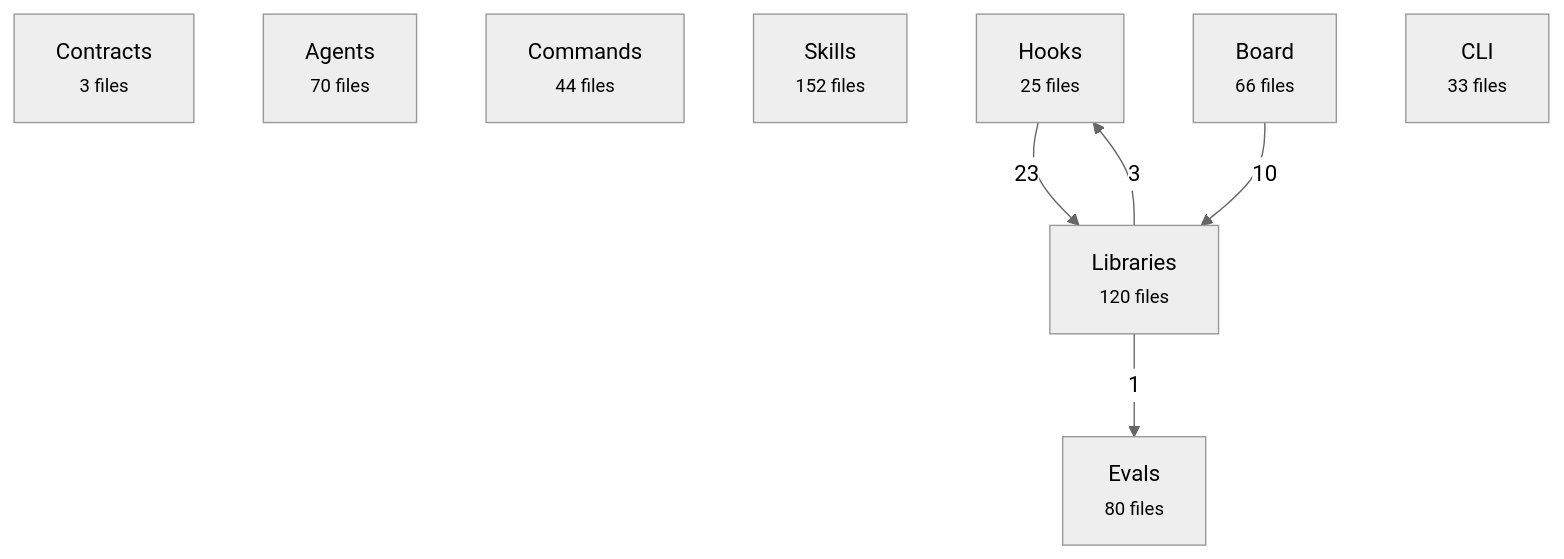
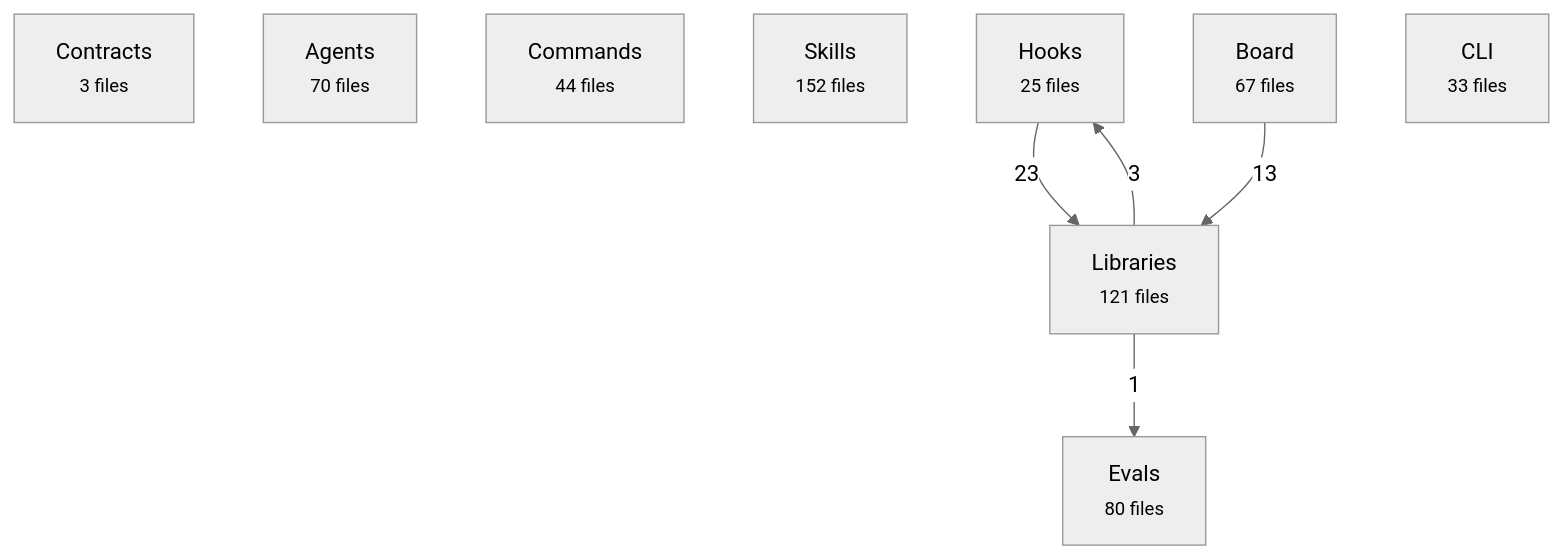
One commit to avelikiy/great_cto changed the first of 2 diagrams in docs/reference/architecture-map.md. Above: the diagram before and after it, drawn with Mermaid (neutral theme). The commit also changed other lines of this file and 15 other files, not shown here.

````diff
--- a/docs/reference/architecture-map.md
+++ b/docs/reference/architecture-map.md
@@ -20,16 +20,16 @@
 ```mermaid
 flowchart TD
   contracts["Contracts<br/><small>3 files</small>"]
   agents["Agents<br/><small>70 files</small>"]
   commands["Commands<br/><small>44 files</small>"]
   skills["Skills<br/><small>152 files</small>"]
   hooks["Hooks<br/><small>25 files</small>"]
-  libs["Libraries<br/><small>120 files</small>"]
-  board["Board<br/><small>66 files</small>"]
+  libs["Libraries<br/><small>121 files</small>"]
+  board["Board<br/><small>67 files</small>"]
   cli["CLI<br/><small>33 files</small>"]
   evals["Evals<br/><small>80 files</small>"]
   hooks -->|23| libs
-  board -->|10| libs
+  board -->|13| libs
   libs -->|3| hooks
   libs -->|1| evals
 ```
````
